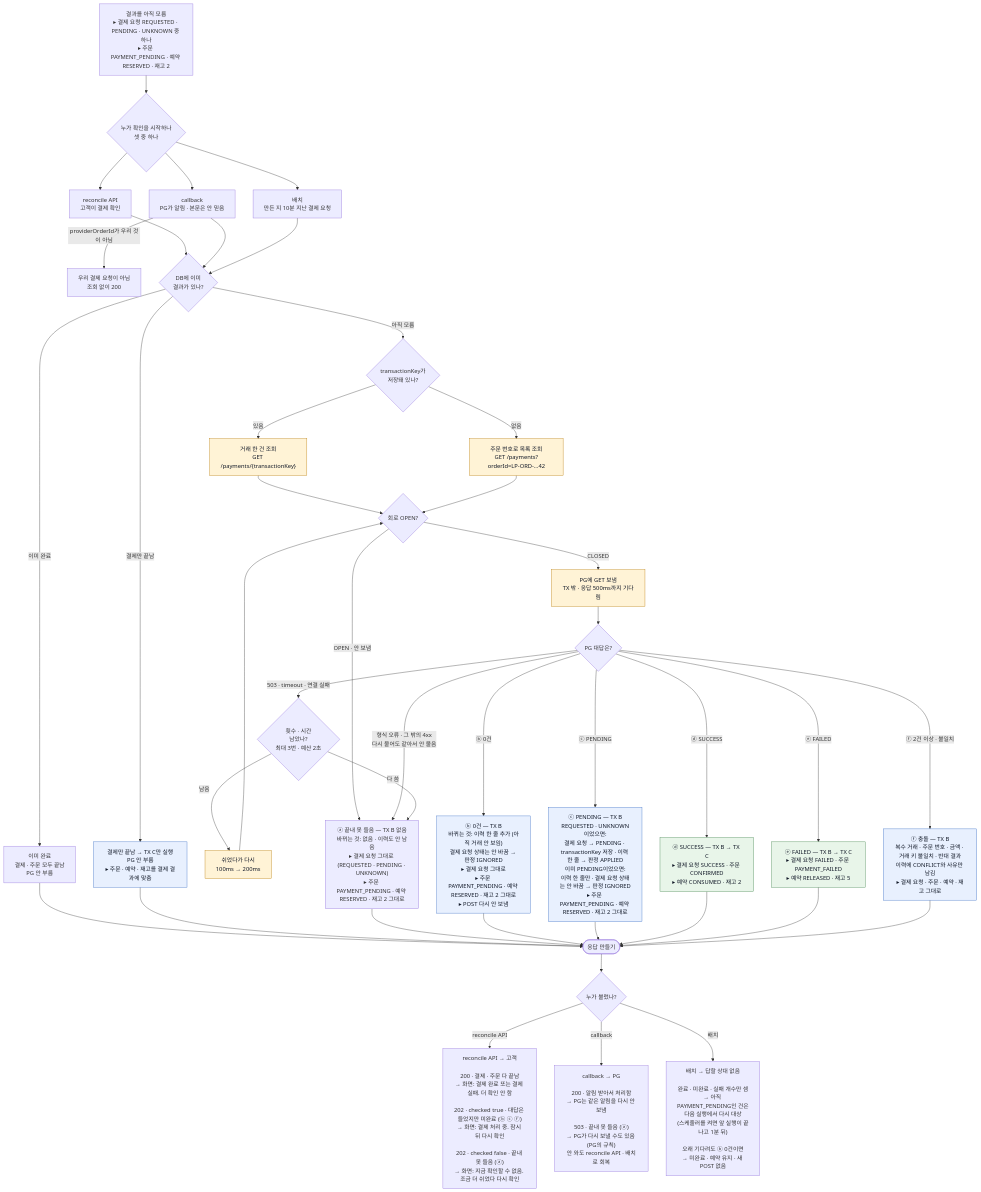
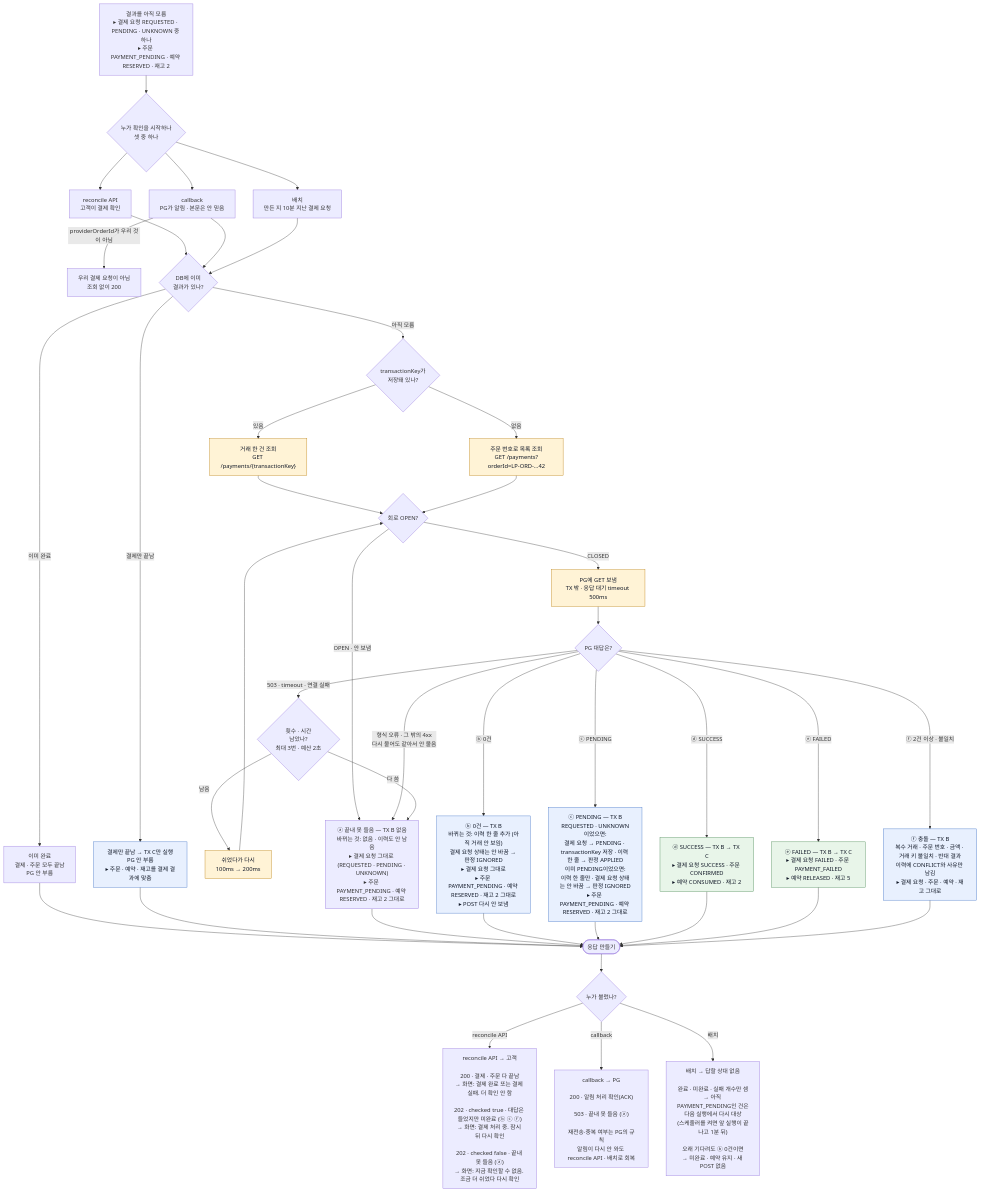
One commit to hyeon-aa/loop-pack-be-l2-vol5-java changed the second of 7 diagrams in docs/week5/payment-flow.md. Above: the diagram before and after it, drawn with Mermaid. The commit also changed 2 other files, not shown here.

Commit message:
docs: 조회 회로 집계와 callback 응답 의미 명확화

````diff
--- a/docs/week5/payment-flow.md
+++ b/docs/week5/payment-flow.md
@@ -56,68 +56,68 @@
 ```mermaid
 flowchart TD
     WHY["결과를 아직 모름<br/>▸ 결제 요청 REQUESTED · PENDING · UNKNOWN 중 하나<br/>▸ 주문 PAYMENT_PENDING · 예약 RESERVED · 재고 2"]
     WHO{"누가 확인을 시작하나<br/>셋 중 하나"}
     T1["reconcile API<br/>고객이 결제 확인"]
     T2["callback<br/>PG가 알림 · 본문은 안 믿음"]
     T3["배치<br/>만든 지 10분 지난 결제 요청"]
     NOTOURS["우리 결제 요청이 아님<br/>조회 없이 200"]
 
     DBQ{"DB에 이미<br/>결과가 있나?"}
     DONE["이미 완료<br/>결제 · 주문 모두 끝남<br/>PG 안 부름"]
     CONLY["결제만 끝남 → TX C만 실행<br/>PG 안 부름<br/>▸ 주문 · 예약 · 재고를 결제 결과에 맞춤"]
 
     KEY{"transactionKey가<br/>저장돼 있나?"}
     G1["거래 한 건 조회<br/>GET /payments/{transactionKey}"]
     G2["주문 번호로 목록 조회<br/>GET /payments?orderId=LP-ORD-…42"]
     CB{"회로 OPEN?"}
-    CALL["PG에 GET 보냄<br/>TX 밖 · 응답 500ms까지 기다림"]
+    CALL["PG에 GET 보냄<br/>TX 밖 · 응답 대기 timeout 500ms"]
     Q2{"PG 대답은?"}
     RETRY{"횟수 · 시간<br/>남았나?<br/>최대 3번 · 예산 2초"}
     WAIT["쉬었다가 다시<br/>100ms → 200ms"]
 
     N1["ⓐ 끝내 못 들음 — TX B 없음<br/>바뀌는 것: 없음 · 이력도 안 남음<br/>▸ 결제 요청 그대로 (REQUESTED · PENDING · UNKNOWN)<br/>▸ 주문 PAYMENT_PENDING · 예약 RESERVED · 재고 2 그대로"]
     N2["ⓑ 0건 — TX B<br/>바뀌는 것: 이력 한 줄 추가 (아직 거래 안 보임)<br/>결제 요청 상태는 안 바꿈 → 판정 IGNORED<br/>▸ 결제 요청 그대로<br/>▸ 주문 PAYMENT_PENDING · 예약 RESERVED · 재고 2 그대로<br/>▸ POST 다시 안 보냄"]
     N3["ⓒ PENDING — TX B<br/>REQUESTED · UNKNOWN이었으면:<br/>결제 요청 → PENDING · transactionKey 저장 · 이력 한 줄 → 판정 APPLIED<br/>이미 PENDING이었으면:<br/>이력 한 줄만 · 결제 요청 상태는 안 바꿈 → 판정 IGNORED<br/>▸ 주문 PAYMENT_PENDING · 예약 RESERVED · 재고 2 그대로"]
     N4["ⓓ SUCCESS — TX B → TX C<br/>▸ 결제 요청 SUCCESS · 주문 CONFIRMED<br/>▸ 예약 CONSUMED · 재고 2"]
     N5["ⓔ FAILED — TX B → TX C<br/>▸ 결제 요청 FAILED · 주문 PAYMENT_FAILED<br/>▸ 예약 RELEASED · 재고 5"]
     N6["ⓕ 충돌 — TX B<br/>복수 거래 · 주문 번호 · 금액 · 거래 키 불일치 · 반대 결과<br/>이력에 CONFLICT와 사유만 남김<br/>▸ 결제 요청 · 주문 · 예약 · 재고 그대로"]
 
     JOIN(["응답 만들기"])
     WHO2{"누가 불렀나?"}
     RA["reconcile API → 고객<br/><br/>200 · 결제 · 주문 다 끝남<br/>→ 화면: 결제 완료 또는 결제 실패. 더 확인 안 함<br/><br/>202 · checked true · 대답은 들었지만 미완료 (ⓑ ⓒ ⓕ)<br/>→ 화면: 결제 처리 중. 잠시 뒤 다시 확인<br/><br/>202 · checked false · 끝내 못 들음 (ⓐ)<br/>→ 화면: 지금 확인할 수 없음. 조금 더 쉬었다 다시 확인"]
-    RB["callback → PG<br/><br/>200 · 알림 받아서 처리함<br/>→ PG는 같은 알림을 다시 안 보냄<br/><br/>503 · 끝내 못 들음 (ⓐ)<br/>→ PG가 다시 보낼 수도 있음 (PG의 규칙)<br/>안 와도 reconcile API · 배치로 회복"]
+    RB["callback → PG<br/><br/>200 · 알림 처리 확인(ACK)<br/><br/>503 · 끝내 못 들음 (ⓐ)<br/><br/>재전송·중복 여부는 PG의 규칙<br/>알림이 다시 안 와도 reconcile API · 배치로 회복"]
     RC["배치 → 답할 상대 없음<br/><br/>완료 · 미완료 · 실패 개수만 셈<br/>→ 아직 PAYMENT_PENDING인 건은<br/>다음 실행에서 다시 대상<br/>(스케줄러를 켜면 앞 실행이 끝나고 1분 뒤)<br/><br/>오래 기다려도 ⓑ 0건이면<br/>→ 미완료 · 예약 유지 · 새 POST 없음"]
 
     WHY --> WHO
     WHO --> T1 & T2 & T3
     T2 -->|"providerOrderId가 우리 것이 아님"| NOTOURS
     T1 & T2 & T3 --> DBQ
     DBQ -->|"이미 완료"| DONE
     DBQ -->|"결제만 끝남"| CONLY
     DBQ -->|"아직 모름"| KEY
     KEY -->|"있음"| G1 --> CB
     KEY -->|"없음"| G2 --> CB
     CB -->|"OPEN · 안 보냄"| N1
     CB -->|"CLOSED"| CALL --> Q2
     Q2 -->|"503 · timeout · 연결 실패"| RETRY
     Q2 -->|"형식 오류 · 그 밖의 4xx<br/>다시 물어도 같아서 안 물음"| N1
     RETRY -->|"남음"| WAIT --> CB
     RETRY -->|"다 씀"| N1
     Q2 -->|"ⓑ 0건"| N2
     Q2 -->|"ⓒ PENDING"| N3
     Q2 -->|"ⓓ SUCCESS"| N4
     Q2 -->|"ⓔ FAILED"| N5
     Q2 -->|"ⓕ 2건 이상 · 불일치"| N6
 
     DONE & CONLY & N1 & N2 & N3 & N4 & N5 & N6 --> JOIN --> WHO2
     WHO2 -->|"reconcile API"| RA
     WHO2 -->|"callback"| RB
     WHO2 -->|"배치"| RC
 
     classDef tx fill:#e8f0fe,stroke:#356ac3,color:#111827
     classDef pg fill:#fff3d6,stroke:#b87900,color:#111827
     classDef done fill:#e8f5e9,stroke:#3b7f45,color:#111827
     class CONLY,N2,N3,N4,N5,N6 tx
     class G1,G2,CALL,WAIT pg
     class N4,N5 done
 ```
````
